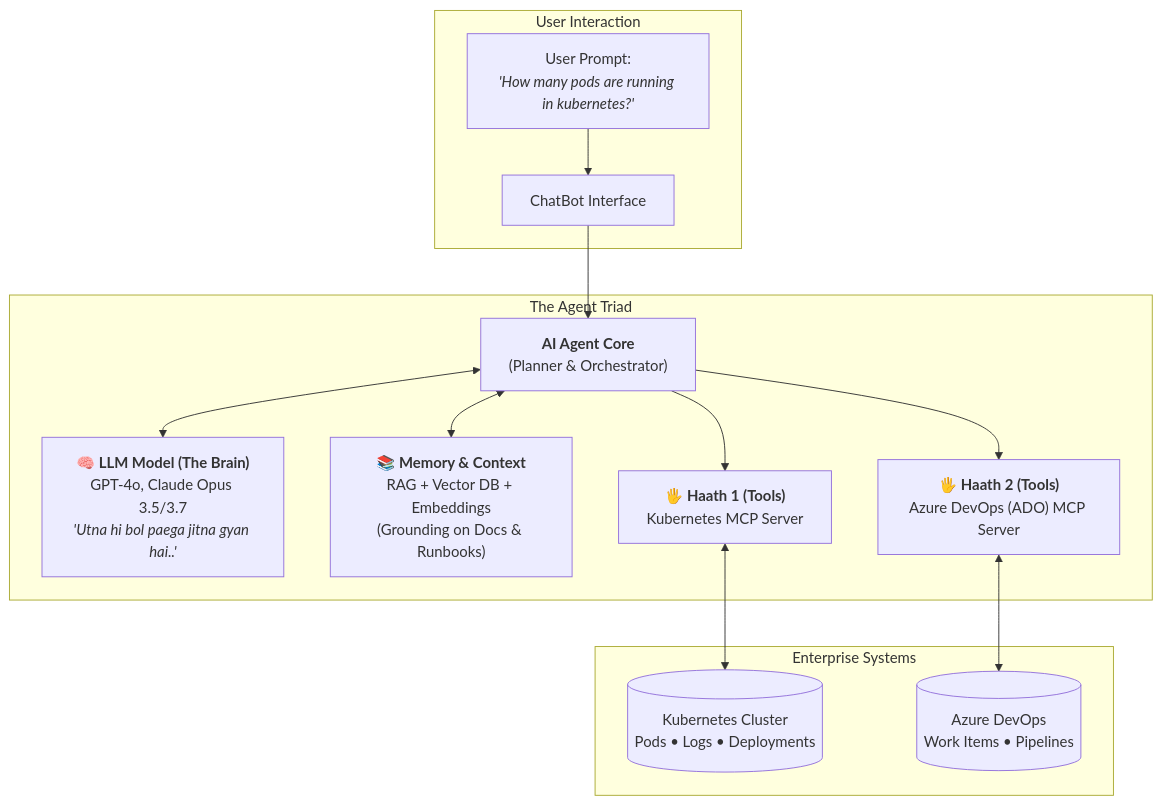
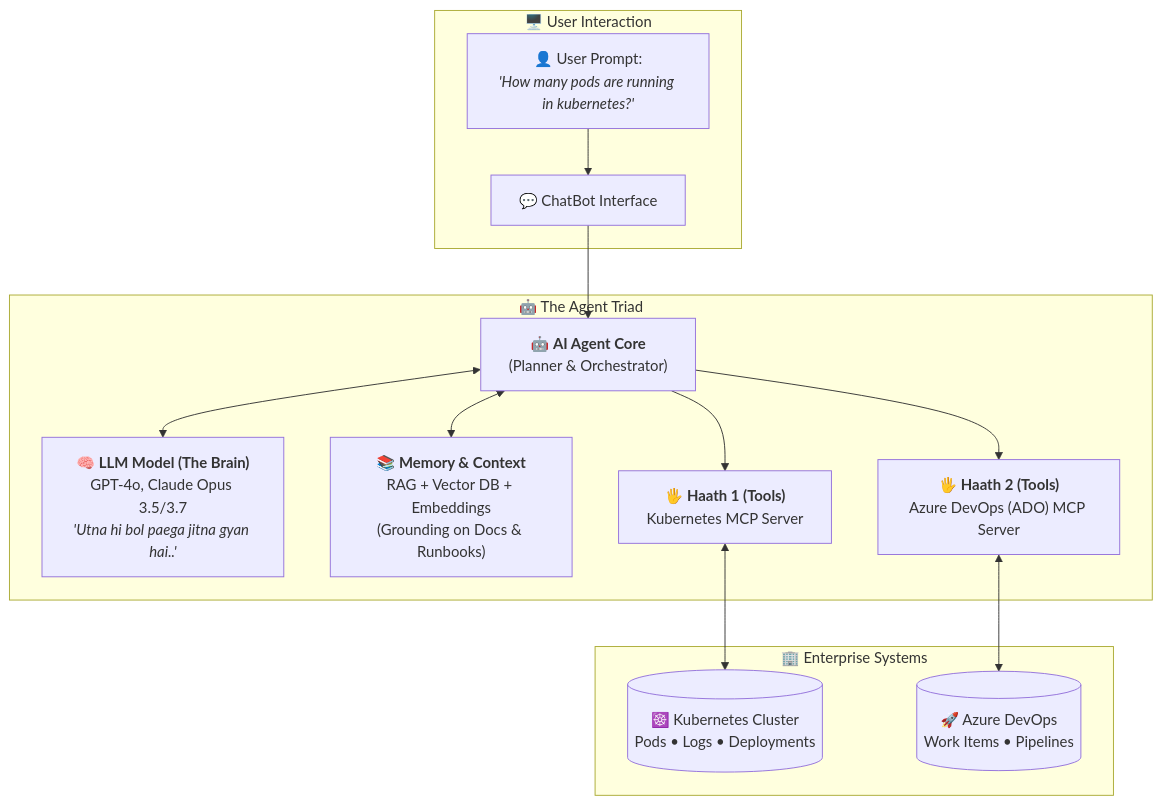
Before and after one commit to devopsinsiders/agentic-ai-fde-batch-1: the diagram in ClassNotes/001.AIYatra-AxionSystemsAI-21-06-2026/notes.md, drawn with Mermaid. The commit also changed other lines of this file and 1 other file, not shown here.

````diff
--- a/ClassNotes/001.AIYatra-AxionSystemsAI-21-06-2026/notes.md
+++ b/ClassNotes/001.AIYatra-AxionSystemsAI-21-06-2026/notes.md
@@ -81,32 +81,32 @@
 ```mermaid
 flowchart TD
-    subgraph UI ["User Interaction"]
-        User["User Prompt:<br/><i>'How many pods are running in kubernetes?'</i>"]
-        Chatbot["ChatBot Interface"]
+    subgraph UI ["🖥️ User Interaction"]
+        User["👤 User Prompt:<br/><i>'How many pods are running in kubernetes?'</i>"]
+        Chatbot["💬 ChatBot Interface"]
     end
 
-    subgraph AgentSystem ["The Agent Triad"]
-        Agent["<b>AI Agent Core</b><br/>(Planner & Orchestrator)"]
+    subgraph AgentSystem ["🤖 The Agent Triad"]
+        Agent["🤖 <b>AI Agent Core</b><br/>(Planner & Orchestrator)"]
         
         Brain["🧠 <b>LLM Model (The Brain)</b><br/>GPT-4o, Claude Opus 3.5/3.7<br/><i>'Utna hi bol paega jitna gyan hai..'</i>"]
         
         Memory["📚 <b>Memory & Context</b><br/>RAG + Vector DB + Embeddings<br/>(Grounding on Docs & Runbooks)"]
         
         Hands1["🖐️ <b>Haath 1 (Tools)</b><br/>Kubernetes MCP Server"]
         Hands2["🖐️ <b>Haath 2 (Tools)</b><br/>Azure DevOps (ADO) MCP Server"]
     end
 
-    subgraph ExternalInfra ["Enterprise Systems"]
-        K8sCluster[("Kubernetes Cluster<br/>Pods • Logs • Deployments")]
-        ADOPipeline[("Azure DevOps<br/>Work Items • Pipelines")]
+    subgraph ExternalInfra ["🏢 Enterprise Systems"]
+        K8sCluster[("☸️ Kubernetes Cluster<br/>Pods • Logs • Deployments")]
+        ADOPipeline[("🚀 Azure DevOps<br/>Work Items • Pipelines")]
     end
 
     User --> Chatbot
     Chatbot --> Agent
     Agent <--> Brain
     Agent <--> Memory
     Agent --> Hands1
     Agent --> Hands2
     Hands1 <--> K8sCluster
     Hands2 <--> ADOPipeline
 ```
````
